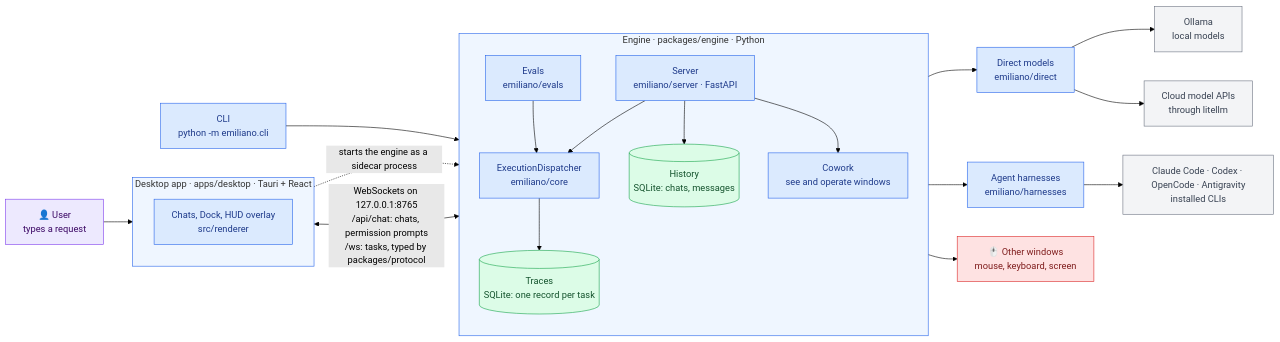
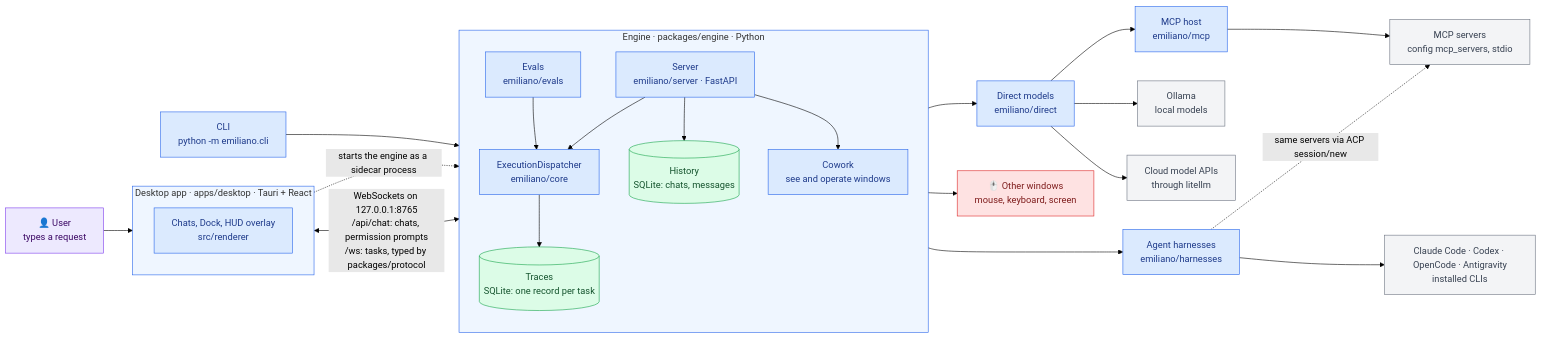
One commit to luisenriquecgongora/emiliano changed the first of 6 diagrams in docs/ARCHITECTURE.md. Above: the diagram before and after it, drawn with Mermaid (forest theme). The commit also changed other lines of this file and 1 other file, not shown here.

Commit message:
docs(docs): document the MCP host

````diff
--- a/docs/ARCHITECTURE.md
+++ b/docs/ARCHITECTURE.md
@@ -24,44 +24,47 @@
 ```mermaid
 flowchart LR
     user["👤 User<br/>types a request"] --> desktop
     subgraph desktop["Desktop app · apps/desktop · Tauri + React"]
         direction TB
         ui["Chats, Dock, HUD overlay<br/>src/renderer"]
     end
     desktop -.->|starts the engine as a sidecar process| engine
     desktop <-->|"WebSockets on 127.0.0.1:8765<br/>/api/chat: chats, permission prompts<br/>/ws: tasks, typed by packages/protocol"| server
     subgraph engine["Engine · packages/engine · Python"]
         direction TB
         server["Server<br/>emiliano/server · FastAPI"]
         disp["ExecutionDispatcher<br/>emiliano/core"]
         hist[("History<br/>SQLite: chats, messages")]
         traces[("Traces<br/>SQLite: one record per task")]
         cowork["Cowork<br/>see and operate windows"]
         evals["Evals<br/>emiliano/evals"]
         server --> disp
         server --> hist
         server --> cowork
         disp --> traces
         evals --> disp
     end
     disp --> direct["Direct models<br/>emiliano/direct"]
     disp --> harn["Agent harnesses<br/>emiliano/harnesses"]
     direct --> ollama["Ollama<br/>local models"]
     direct --> apis["Cloud model APIs<br/>through litellm"]
     harn --> agents["Claude Code · Codex · OpenCode · Antigravity<br/>installed CLIs"]
+    direct --> mcp["MCP host<br/>emiliano/mcp"]
+    mcp --> mcpsrv["MCP servers<br/>config mcp_servers, stdio"]
+    harn -.->|same servers via ACP session/new| mcpsrv
     cowork --> screen["🖱️ Other windows<br/>mouse, keyboard, screen"]
     cli["CLI<br/>python -m emiliano.cli"] --> disp
 
     classDef input fill:#ede9fe,stroke:#7c3aed,color:#3b0764
     classDef ours fill:#dbeafe,stroke:#2563eb,color:#1e3a8a
     classDef output fill:#dcfce7,stroke:#16a34a,color:#14532d
     classDef external fill:#f3f4f6,stroke:#6b7280,color:#374151
     classDef risk fill:#fee2e2,stroke:#dc2626,color:#7f1d1d
     class user input
-    class ui,server,disp,cowork,direct,harn,cli,evals ours
+    class ui,server,disp,cowork,direct,harn,cli,evals,mcp ours
     class hist,traces output
-    class ollama,apis,agents external
+    class ollama,apis,agents,mcpsrv external
     class screen risk
     style desktop fill:#eff6ff,stroke:#2563eb
     style engine fill:#eff6ff,stroke:#2563eb
 ```
````
